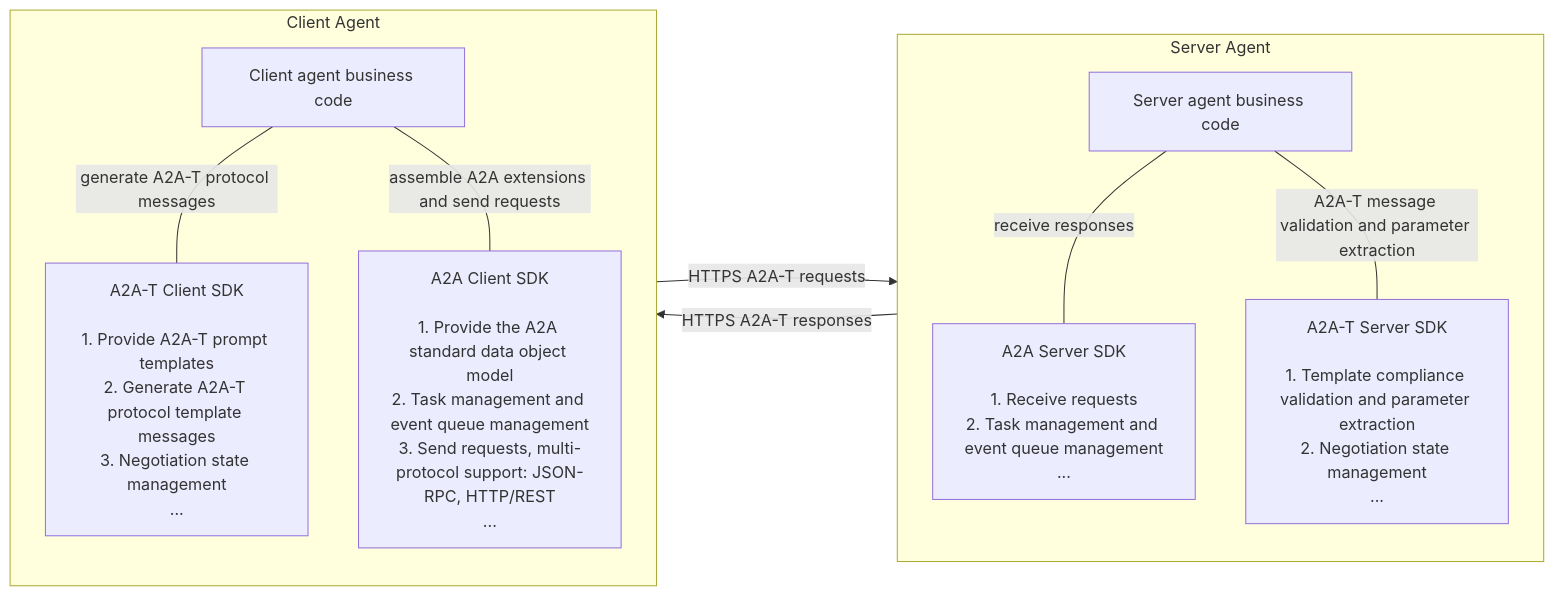
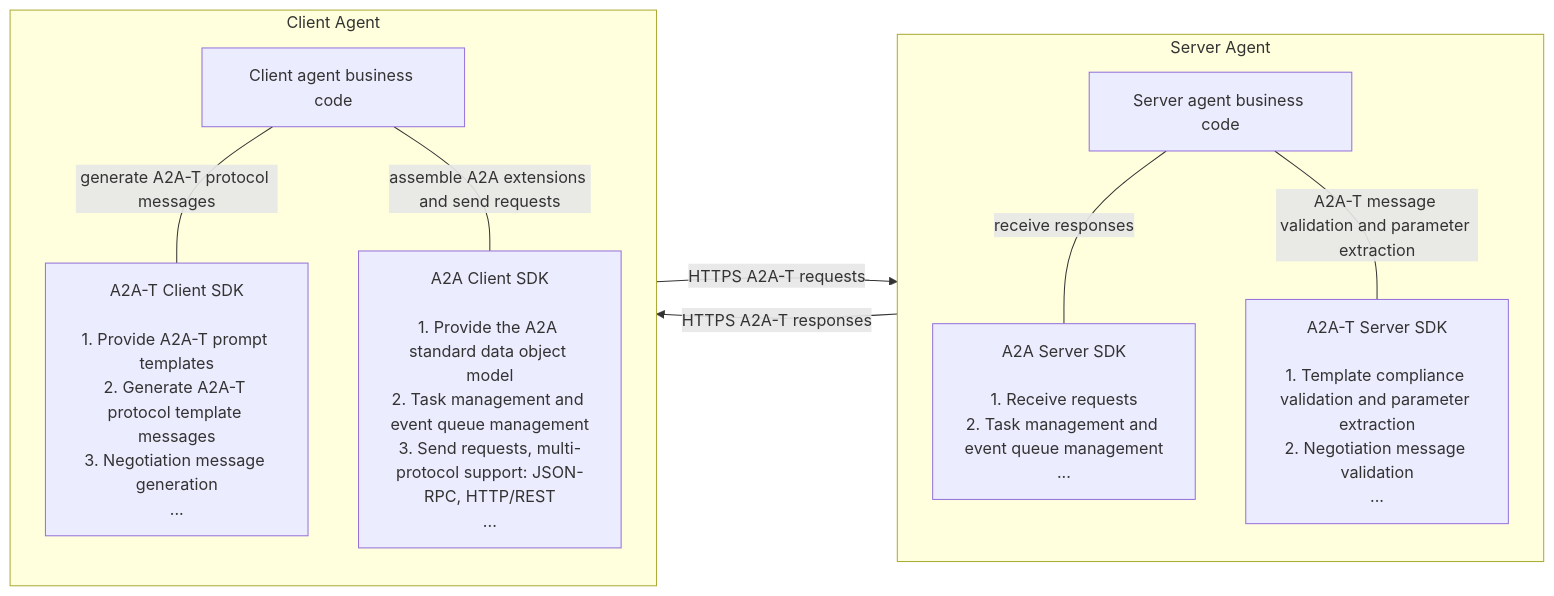
One commit to project-openan/a2a-t-sdk-java changed the first of 4 diagrams in docs/en/developer_guide.md. Above: the diagram before and after it, drawn with Mermaid. The commit also changed other lines of this file and 82 other files, not shown here.

````diff
--- a/docs/en/developer_guide.md
+++ b/docs/en/developer_guide.md
@@ -35,22 +35,22 @@
 ```mermaid
 flowchart LR
     subgraph Server["Server Agent"]
         B0["Server agent business code"]
         B1["A2A Server SDK<br><br>1. Receive requests<br>2. Task management and event queue management<br>..."]
-        B2["A2A-T Server SDK<br><br>1. Template compliance validation and parameter extraction<br>2. Negotiation state management<br>..."]
+        B2["A2A-T Server SDK<br><br>1. Template compliance validation and parameter extraction<br>2. Negotiation message validation<br>..."]
         B0 --receive responses--- B1
         B0 --A2A-T message validation and parameter extraction--- B2
     end
 
     subgraph Client["Client Agent"]
         A0["Client agent business code"]
-        A1["A2A-T Client SDK<br><br>1. Provide A2A-T prompt templates<br>2. Generate A2A-T protocol template messages<br>3. Negotiation state management<br>..."]
+        A1["A2A-T Client SDK<br><br>1. Provide A2A-T prompt templates<br>2. Generate A2A-T protocol template messages<br>3. Negotiation message generation<br>..."]
         A2["A2A Client SDK<br><br>1. Provide the A2A standard data object model<br>2. Task management and event queue management<br>3. Send requests, multi-protocol support: JSON-RPC, HTTP/REST<br>..."]
         A0 --generate A2A-T protocol messages--- A1
         A0 --assemble A2A extensions and send requests--- A2
     end
 
     Client -- HTTPS A2A-T requests --> Server
     Server -- HTTPS A2A-T responses --> Client
 
 ```
````
